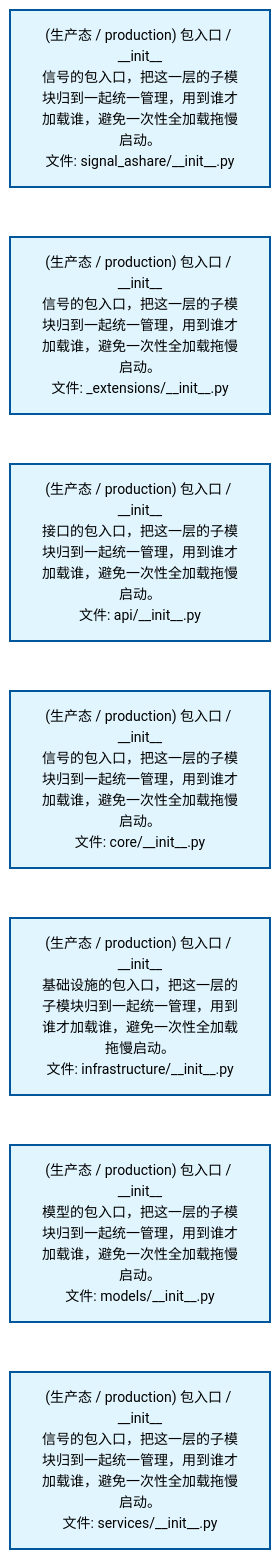
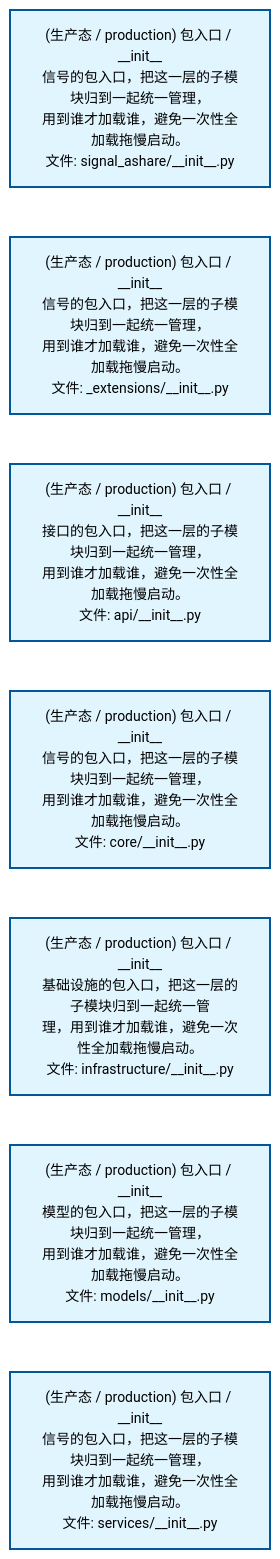
Before and after one commit to xuanFelixVan/ZephyrAlpha: the second of 4 diagrams in docs/02_enterprise_architecture/02_domain_architecture_docs/32_d_ashare_signal.md, drawn with Mermaid. The commit also changed other lines of this file and 61 other files, not shown here.

````diff
--- a/docs/02_enterprise_architecture/02_domain_architecture_docs/32_d_ashare_signal.md
+++ b/docs/02_enterprise_architecture/02_domain_architecture_docs/32_d_ashare_signal.md
@@ -103,22 +103,22 @@
 ```mermaid
 %%{init: {'theme': 'base', 'themeVariables': {'primaryColor': '#eaeaea', 'primaryTextColor': '#333333', 'primaryBorderColor': '#666666', 'lineColor': '#666666', 'secondaryColor': '#eaeaea', 'tertiaryColor': '#eaeaea', 'fontSize': '14px'}}}%%
 flowchart TD
-    src_zephyr_signal_ashare_init_py["(生产态 / production) 包入口 / __init__<br/>信号的包入口，把这一层的子模块归到一起统一管理，用到谁才加载谁，避免一次性全加载拖慢启动。<br/>文件: signal_ashare/__init__.py"]
-    src_zephyr_signal_ashare_extensions_init_py["(生产态 / production) 包入口 / __init__<br/>信号的包入口，把这一层的子模块归到一起统一管理，用到谁才加载谁，避免一次性全加载拖慢启动。<br/>文件: _extensions/__init__.py"]
-    src_zephyr_signal_ashare_api_init_py["(生产态 / production) 包入口 / __init__<br/>接口的包入口，把这一层的子模块归到一起统一管理，用到谁才加载谁，避免一次性全加载拖慢启动。<br/>文件: api/__init__.py"]
-    src_zephyr_signal_ashare_core_init_py["(生产态 / production) 包入口 / __init__<br/>信号的包入口，把这一层的子模块归到一起统一管理，用到谁才加载谁，避免一次性全加载拖慢启动。<br/>文件: core/__init__.py"]
-    src_zephyr_signal_ashare_infrastructure_init_py["(生产态 / production) 包入口 / __init__<br/>基础设施的包入口，把这一层的子模块归到一起统一管理，用到谁才加载谁，避免一次性全加载拖慢启动。<br/>文件: infrastructure/__init__.py"]
-    src_zephyr_signal_ashare_models_init_py["(生产态 / production) 包入口 / __init__<br/>模型的包入口，把这一层的子模块归到一起统一管理，用到谁才加载谁，避免一次性全加载拖慢启动。<br/>文件: models/__init__.py"]
-    src_zephyr_signal_ashare_services_init_py["(生产态 / production) 包入口 / __init__<br/>信号的包入口，把这一层的子模块归到一起统一管理，用到谁才加载谁，避免一次性全加载拖慢启动。<br/>文件: services/__init__.py"]
+    src_zephyr_signal_ashare_init_py["(生产态 / production) 包入口 / __init__<br/>信号的包入口，把这一层的子模块归到一起统一管理，<br/>用到谁才加载谁，避免一次性全加载拖慢启动。<br/>文件: signal_ashare/__init__.py"]
+    src_zephyr_signal_ashare_extensions_init_py["(生产态 / production) 包入口 / __init__<br/>信号的包入口，把这一层的子模块归到一起统一管理，<br/>用到谁才加载谁，避免一次性全加载拖慢启动。<br/>文件: _extensions/__init__.py"]
+    src_zephyr_signal_ashare_api_init_py["(生产态 / production) 包入口 / __init__<br/>接口的包入口，把这一层的子模块归到一起统一管理，<br/>用到谁才加载谁，避免一次性全加载拖慢启动。<br/>文件: api/__init__.py"]
+    src_zephyr_signal_ashare_core_init_py["(生产态 / production) 包入口 / __init__<br/>信号的包入口，把这一层的子模块归到一起统一管理，<br/>用到谁才加载谁，避免一次性全加载拖慢启动。<br/>文件: core/__init__.py"]
+    src_zephyr_signal_ashare_infrastructure_init_py["(生产态 / production) 包入口 / __init__<br/>基础设施的包入口，把这一层的子模块归到一起统一管<br/>理，用到谁才加载谁，避免一次性全加载拖慢启动。<br/>文件: infrastructure/__init__.py"]
+    src_zephyr_signal_ashare_models_init_py["(生产态 / production) 包入口 / __init__<br/>模型的包入口，把这一层的子模块归到一起统一管理，<br/>用到谁才加载谁，避免一次性全加载拖慢启动。<br/>文件: models/__init__.py"]
+    src_zephyr_signal_ashare_services_init_py["(生产态 / production) 包入口 / __init__<br/>信号的包入口，把这一层的子模块归到一起统一管理，<br/>用到谁才加载谁，避免一次性全加载拖慢启动。<br/>文件: services/__init__.py"]
     src_zephyr_signal_ashare_init_py ~~~ src_zephyr_signal_ashare_extensions_init_py
     src_zephyr_signal_ashare_extensions_init_py ~~~ src_zephyr_signal_ashare_api_init_py
     src_zephyr_signal_ashare_api_init_py ~~~ src_zephyr_signal_ashare_core_init_py
     src_zephyr_signal_ashare_core_init_py ~~~ src_zephyr_signal_ashare_infrastructure_init_py
     src_zephyr_signal_ashare_infrastructure_init_py ~~~ src_zephyr_signal_ashare_models_init_py
     src_zephyr_signal_ashare_models_init_py ~~~ src_zephyr_signal_ashare_services_init_py
     classDef production fill:#e1f5fe,stroke:#01579b,stroke-width:2px,color:#000
     classDef design fill:#fff3e0,stroke:#e65100,stroke-width:2px,color:#000,stroke-dasharray: 5 5
     classDef external_prod fill:#e8f4fd,stroke:#0277bd,stroke-width:1px,color:#000
     classDef external_design fill:#fff8e7,stroke:#ef6c00,stroke-width:1px,color:#000,stroke-dasharray: 5 5
     class src_zephyr_signal_ashare_init_py,src_zephyr_signal_ashare_extensions_init_py,src_zephyr_signal_ashare_api_init_py,src_zephyr_signal_ashare_core_init_py,src_zephyr_signal_ashare_infrastructure_init_py,src_zephyr_signal_ashare_models_init_py,src_zephyr_signal_ashare_services_init_py production
 ```
````
